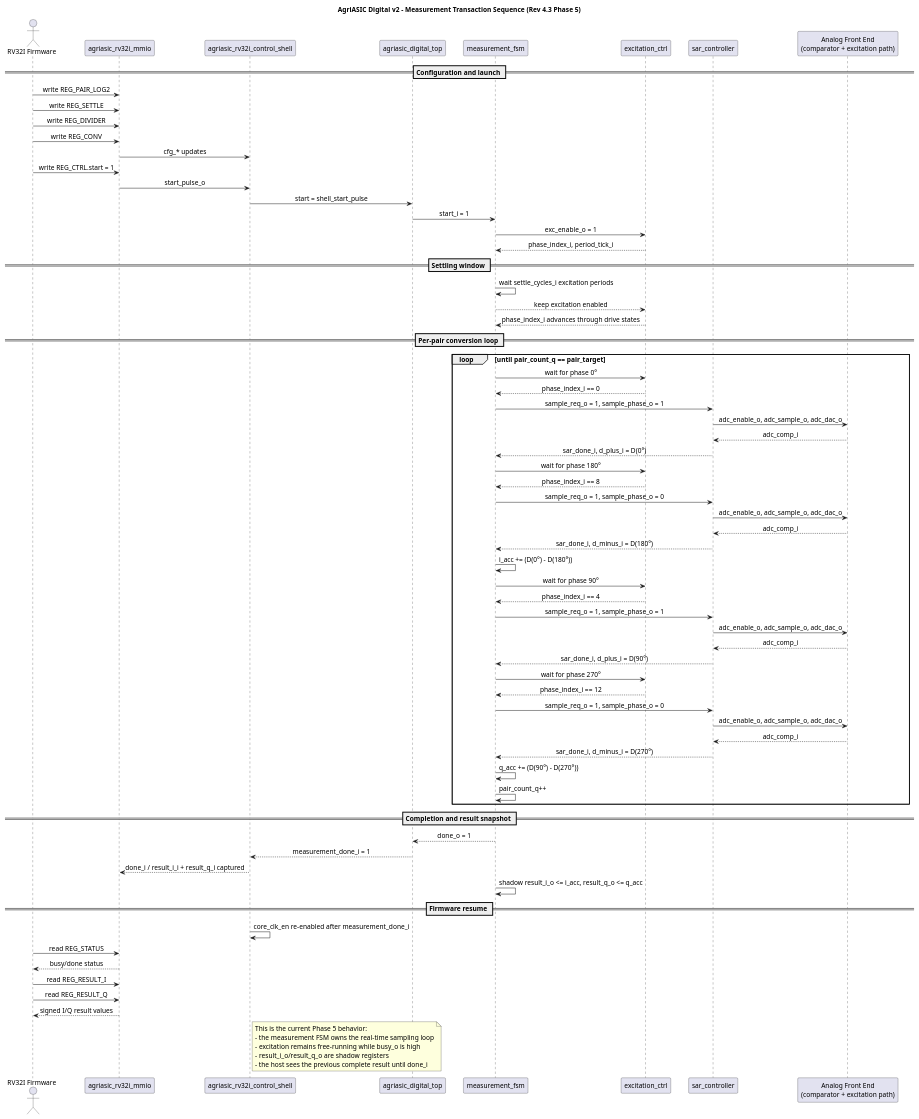
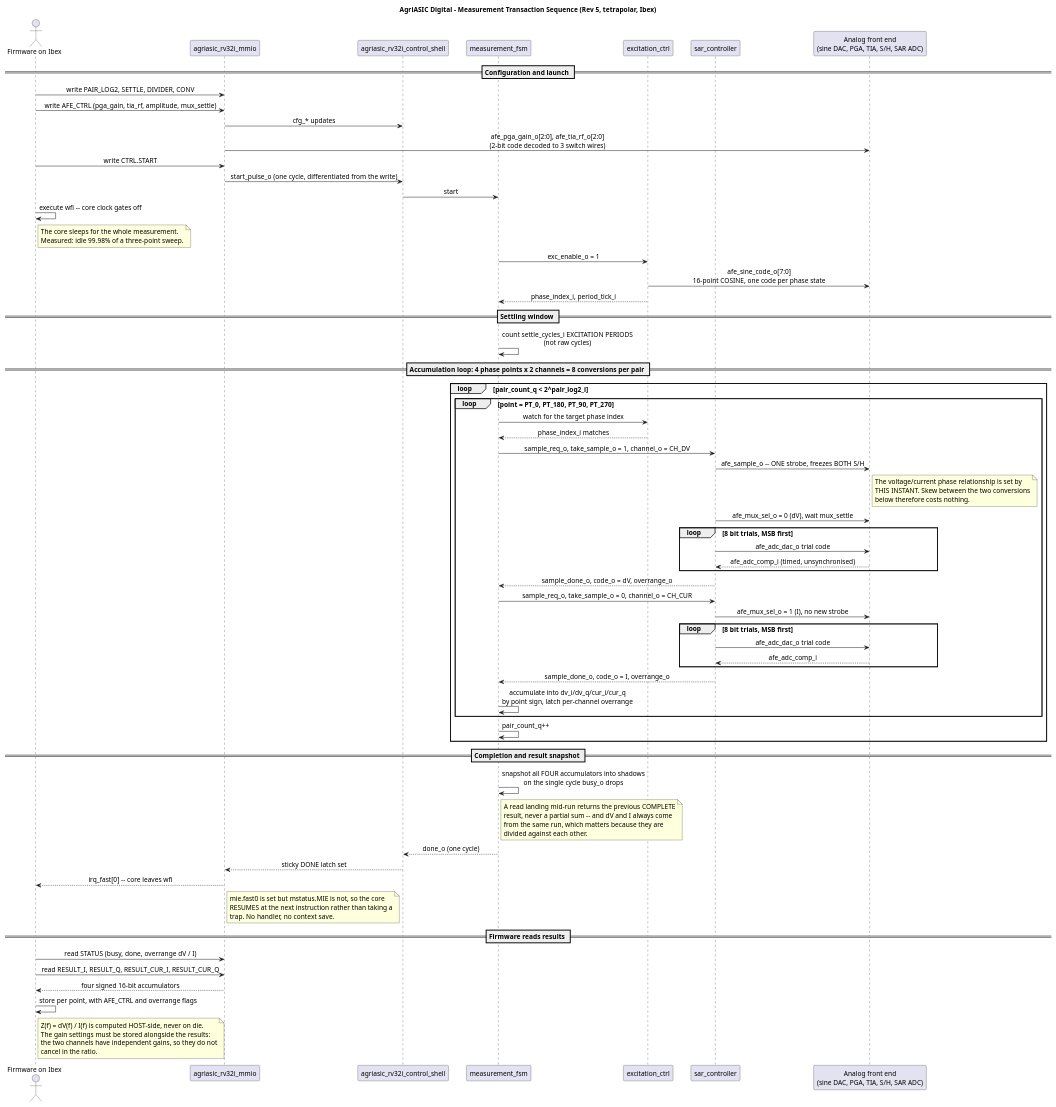
One commit to krishkc5/agrasic changed the diagram in agriasic_digital_v2/docs/agriasic_digital_v2_measurement_sequence.puml. Above: the diagram before and after it, drawn with PlantUML. The commit also changed 5 other files, not shown here.

```diff
--- a/agriasic_digital_v2/docs/agriasic_digital_v2_measurement_sequence.puml
+++ b/agriasic_digital_v2/docs/agriasic_digital_v2_measurement_sequence.puml
@@ -1,97 +1,104 @@
 @startuml agriasic_digital_v2_measurement_sequence
-title AgriASIC Digital v2 - Measurement Transaction Sequence (Rev 4.3 Phase 5)
+title AgriASIC Digital - Measurement Transaction Sequence (Rev 5, tetrapolar, Ibex)
 
 skinparam shadowing false
 skinparam sequenceMessageAlign center
 skinparam responseMessageBelowArrow true
 skinparam ParticipantPadding 14
 skinparam BoxPadding 8
 skinparam defaultFontSize 14
 
-actor FW as "RV32I Firmware"
+actor FW as "Firmware on Ibex"
 participant MMIO as "agriasic_rv32i_mmio"
 participant SHELL as "agriasic_rv32i_control_shell"
-participant TOP as "agriasic_digital_top"
 participant FSM as "measurement_fsm"
 participant EXC as "excitation_ctrl"
 participant SAR as "sar_controller"
-participant AFE as "Analog Front End\n(comparator + excitation path)"
+participant AFE as "Analog front end\n(sine DAC, PGA, TIA, S/H, SAR ADC)"
 
 == Configuration and launch ==
-FW -> MMIO : write REG_PAIR_LOG2
-FW -> MMIO : write REG_SETTLE
-FW -> MMIO : write REG_DIVIDER
-FW -> MMIO : write REG_CONV
+FW -> MMIO : write PAIR_LOG2, SETTLE, DIVIDER, CONV
+FW -> MMIO : write AFE_CTRL (pga_gain, tia_rf, amplitude, mux_settle)
 MMIO -> SHELL : cfg_* updates
+MMIO -> AFE : afe_pga_gain_o[2:0], afe_tia_rf_o[2:0]\n(2-bit code decoded to 3 switch wires)
 
-FW -> MMIO : write REG_CTRL.start = 1
-MMIO -> SHELL : start_pulse_o
-SHELL -> TOP : start = shell_start_pulse
-TOP -> FSM : start_i = 1
+FW -> MMIO : write CTRL.START
+MMIO -> SHELL : start_pulse_o (one cycle, differentiated from the write)
+SHELL -> FSM : start
+FW -> FW : execute wfi -- core clock gates off
+note right of FW
+The core sleeps for the whole measurement.
+Measured: idle 99.98% of a three-point sweep.
+end note
+
 FSM -> EXC : exc_enable_o = 1
+EXC -> AFE : afe_sine_code_o[7:0]\n16-point COSINE, one code per phase state
 EXC --> FSM : phase_index_i, period_tick_i
 
 == Settling window ==
-FSM -> FSM : wait settle_cycles_i excitation periods
-FSM --> EXC : keep excitation enabled
-EXC --> FSM : phase_index_i advances through drive states
+FSM -> FSM : count settle_cycles_i EXCITATION PERIODS\n(not raw cycles)
 
-== Per-pair conversion loop ==
-loop until pair_count_q == pair_target
-  FSM -> EXC : wait for phase 0°
-  EXC --> FSM : phase_index_i == 0
-  FSM -> SAR : sample_req_o = 1, sample_phase_o = 1
-  SAR -> AFE : adc_enable_o, adc_sample_o, adc_dac_o
-  AFE --> SAR : adc_comp_i
-  SAR --> FSM : sar_done_i, d_plus_i = D(0°)
+== Accumulation loop: 4 phase points x 2 channels = 8 conversions per pair ==
+loop pair_count_q < 2^pair_log2_i
+  loop point = PT_0, PT_180, PT_90, PT_270
+    FSM -> EXC : watch for the target phase index
+    EXC --> FSM : phase_index_i matches
 
-  FSM -> EXC : wait for phase 180°
-  EXC --> FSM : phase_index_i == 8
-  FSM -> SAR : sample_req_o = 1, sample_phase_o = 0
-  SAR -> AFE : adc_enable_o, adc_sample_o, adc_dac_o
-  AFE --> SAR : adc_comp_i
-  SAR --> FSM : sar_done_i, d_minus_i = D(180°)
+    FSM -> SAR : sample_req_o, take_sample_o = 1, channel_o = CH_DV
+    SAR -> AFE : afe_sample_o -- ONE strobe, freezes BOTH S/H
+    note right of AFE
+      The voltage/current phase relationship is set by
+      THIS INSTANT. Skew between the two conversions
+      below therefore costs nothing.
+    end note
 
-  FSM -> FSM : i_acc += (D(0°) - D(180°))
+    SAR -> AFE : afe_mux_sel_o = 0 (dV), wait mux_settle
+    loop 8 bit trials, MSB first
+      SAR -> AFE : afe_adc_dac_o trial code
+      AFE --> SAR : afe_adc_comp_i (timed, unsynchronised)
+    end
+    SAR --> FSM : sample_done_o, code_o = dV, overrange_o
 
-  FSM -> EXC : wait for phase 90°
-  EXC --> FSM : phase_index_i == 4
-  FSM -> SAR : sample_req_o = 1, sample_phase_o = 1
-  SAR -> AFE : adc_enable_o, adc_sample_o, adc_dac_o
-  AFE --> SAR : adc_comp_i
-  SAR --> FSM : sar_done_i, d_plus_i = D(90°)
+    FSM -> SAR : sample_req_o, take_sample_o = 0, channel_o = CH_CUR
+    SAR -> AFE : afe_mux_sel_o = 1 (I), no new strobe
+    loop 8 bit trials, MSB first
+      SAR -> AFE : afe_adc_dac_o trial code
+      AFE --> SAR : afe_adc_comp_i
+    end
+    SAR --> FSM : sample_done_o, code_o = I, overrange_o
 
-  FSM -> EXC : wait for phase 270°
-  EXC --> FSM : phase_index_i == 12
-  FSM -> SAR : sample_req_o = 1, sample_phase_o = 0
-  SAR -> AFE : adc_enable_o, adc_sample_o, adc_dac_o
-  AFE --> SAR : adc_comp_i
-  SAR --> FSM : sar_done_i, d_minus_i = D(270°)
-
-  FSM -> FSM : q_acc += (D(90°) - D(270°))
+    FSM -> FSM : accumulate into dv_i/dv_q/cur_i/cur_q\nby point sign, latch per-channel overrange
+  end
   FSM -> FSM : pair_count_q++
 end
 
 == Completion and result snapshot ==
-FSM --> TOP : done_o = 1
-TOP --> SHELL : measurement_done_i = 1
-SHELL --> MMIO : done_i / result_i_i + result_q_i captured
-FSM -> FSM : shadow result_i_o <= i_acc, result_q_o <= q_acc
+FSM -> FSM : snapshot all FOUR accumulators into shadows\non the single cycle busy_o drops
+note right of FSM
+A read landing mid-run returns the previous COMPLETE
+result, never a partial sum -- and dV and I always come
+from the same run, which matters because they are
+divided against each other.
+end note
+FSM --> SHELL : done_o (one cycle)
+SHELL --> MMIO : sticky DONE latch set
+MMIO --> FW : irq_fast[0] -- core leaves wfi
+note right of MMIO
+mie.fast0 is set but mstatus.MIE is not, so the core
+RESUMES at the next instruction rather than taking a
+trap. No handler, no context save.
+end note
 
-== Firmware resume ==
-SHELL -> SHELL : core_clk_en re-enabled after measurement_done_i
-FW -> MMIO : read REG_STATUS
-MMIO --> FW : busy/done status
-FW -> MMIO : read REG_RESULT_I
-FW -> MMIO : read REG_RESULT_Q
-MMIO --> FW : signed I/Q result values
-
-note right of SHELL
-This is the current Phase 5 behavior:
-- the measurement FSM owns the real-time sampling loop
-- excitation remains free-running while busy_o is high
-- result_i_o/result_q_o are shadow registers
-- the host sees the previous complete result until done_i
+== Firmware reads results ==
+FW -> MMIO : read STATUS (busy, done, overrange dV / I)
+FW -> MMIO : read RESULT_I, RESULT_Q, RESULT_CUR_I, RESULT_CUR_Q
+MMIO --> FW : four signed 16-bit accumulators
+FW -> FW : store per point, with AFE_CTRL and overrange flags
+note right of FW
+Z(f) = dV(f) / I(f) is computed HOST-side, never on die.
+The gain settings must be stored alongside the results:
+the two channels have independent gains, so they do not
+cancel in the ratio.
 end note
 
 @enduml
```
